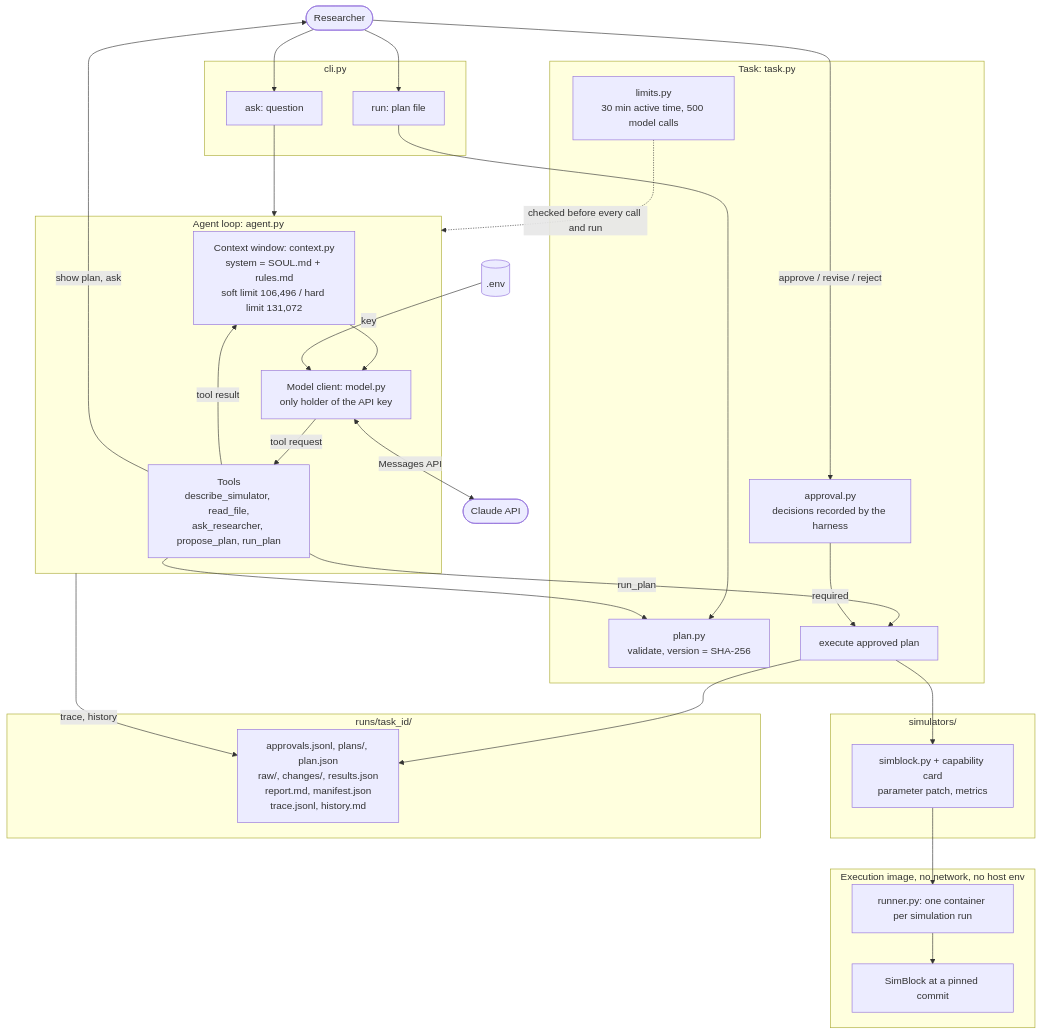
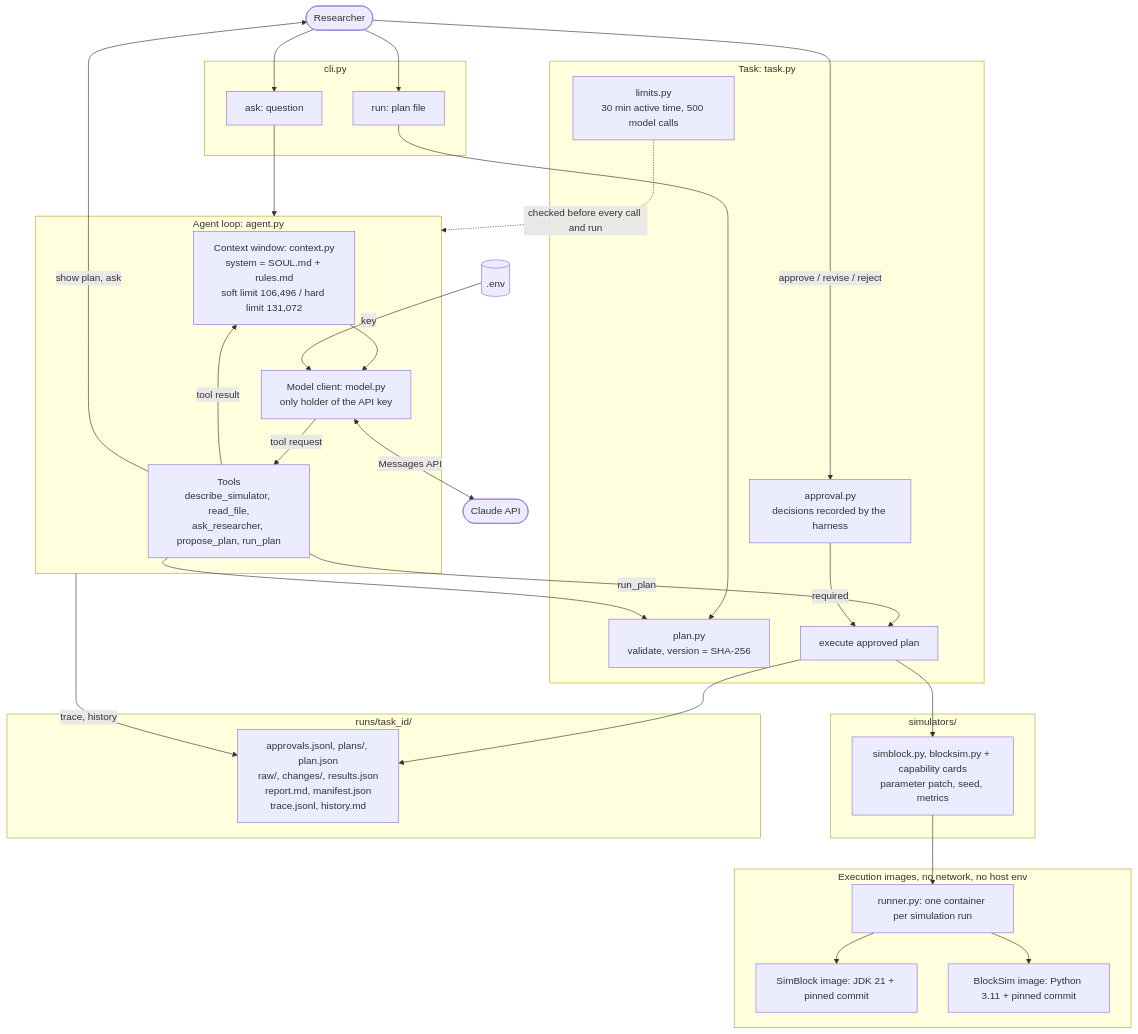
The diagram in docs/architecture.md (teiyou416/abc-harness), drawn with Mermaid before and after one commit. The commit also changed other lines of this file and 28 other files, not shown here.

First line of the commit message:
Add M3: BlockSim's Bitcoin model and simulator selection

````diff
--- a/docs/architecture.md
+++ b/docs/architecture.md
@@ -8,51 +8,53 @@
 ```mermaid
 flowchart TB
     R(["Researcher"])
 
     subgraph CLI["cli.py"]
         ASK["ask: question"]
         RUN["run: plan file"]
     end
 
     subgraph LOOP["Agent loop: agent.py"]
         CTX["Context window: context.py<br/>system = SOUL.md + rules.md<br/>soft limit 106,496 / hard limit 131,072"]
         LLM["Model client: model.py<br/>only holder of the API key"]
         TOOLS["Tools<br/>describe_simulator, read_file,<br/>ask_researcher, propose_plan, run_plan"]
         CTX --> LLM -->|tool request| TOOLS -->|tool result| CTX
     end
 
     subgraph TASK["Task: task.py"]
         PLAN["plan.py<br/>validate, version = SHA-256"]
         APPROVAL["approval.py<br/>decisions recorded by the harness"]
         LIMITS["limits.py<br/>30 min active time, 500 model calls"]
         EXEC["execute approved plan"]
     end
 
     subgraph SIM["simulators/"]
-        ADAPTER["simblock.py + capability card<br/>parameter patch, metrics"]
+        ADAPTER["simblock.py, blocksim.py + capability cards<br/>parameter patch, seed, metrics"]
     end
 
-    subgraph DOCKER["Execution image, no network, no host env"]
+    subgraph DOCKER["Execution images, no network, no host env"]
         RUNNER["runner.py: one container per simulation run"]
-        SIMBLOCK["SimBlock at a pinned commit"]
+        SIMBLOCK["SimBlock image: JDK 21 + pinned commit"]
+        BLOCKSIM["BlockSim image: Python 3.11 + pinned commit"]
         RUNNER --> SIMBLOCK
+        RUNNER --> BLOCKSIM
     end
 
     subgraph ART["runs/task_id/"]
         FILES["approvals.jsonl, plans/, plan.json<br/>raw/, changes/, results.json<br/>report.md, manifest.json<br/>trace.jsonl, history.md"]
     end
 
     ENV[(".env")] -->|key| LLM
     LLM <-->|Messages API| CLAUDE(["Claude API"])
     R --> ASK --> LOOP
     R --> RUN --> PLAN
     TOOLS --> PLAN
     TOOLS -->|show plan, ask| R
     R -->|approve / revise / reject| APPROVAL
     TOOLS -->|run_plan| EXEC
     APPROVAL -->|required| EXEC
     LIMITS -.->|checked before every call and run| LOOP
     EXEC --> ADAPTER --> RUNNER
     EXEC --> FILES
     LOOP -->|trace, history| FILES
 ```
````
